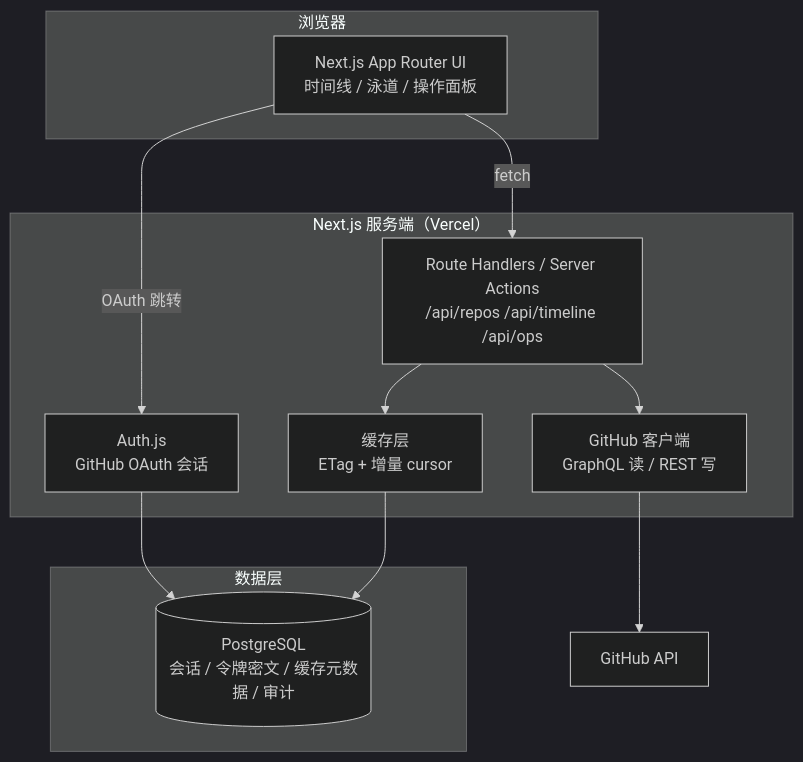
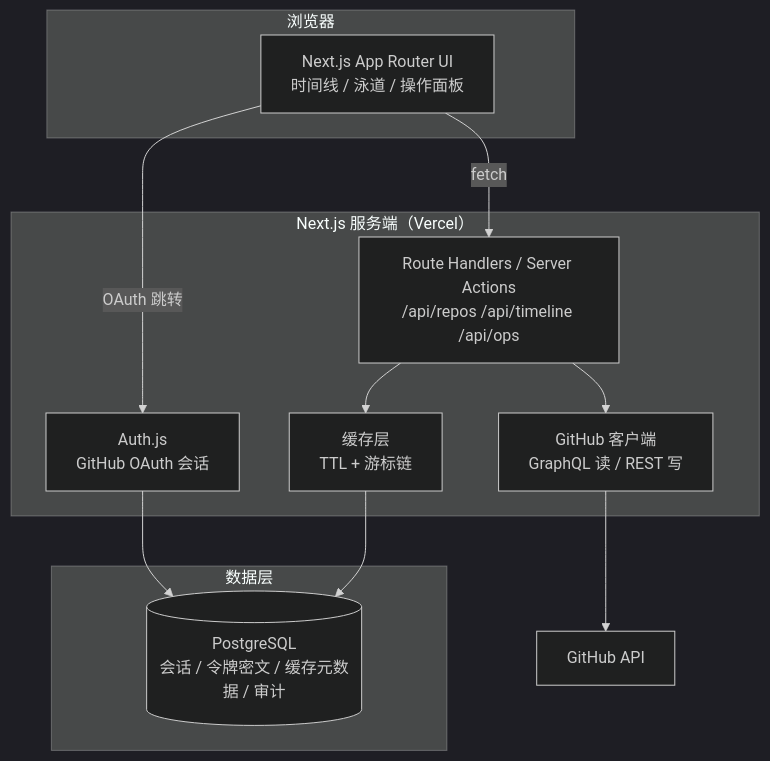
Before and after one commit to encode-utf8/utf8-git: the first of 2 diagrams in docs/technical-analysis.md, drawn with Mermaid (dark theme). The commit also changed other lines of this file and 1 other file, not shown here.

````diff
--- a/docs/technical-analysis.md
+++ b/docs/technical-analysis.md
@@ -68,22 +68,22 @@
 ```mermaid
 flowchart TB
     subgraph Browser["浏览器"]
         UI[Next.js App Router UI<br/>时间线 / 泳道 / 操作面板]
     end
     subgraph Vercel["Next.js 服务端（Vercel）"]
         AUTH[Auth.js<br/>GitHub OAuth 会话]
         API[Route Handlers / Server Actions<br/>/api/repos /api/timeline /api/ops]
-        CACHE[缓存层<br/>ETag + 增量 cursor]
+        CACHE[缓存层<br/>TTL + 游标链]
         GH[GitHub 客户端<br/>GraphQL 读 / REST 写]
     end
     subgraph Data["数据层"]
         DB[(PostgreSQL<br/>会话 / 令牌密文 / 缓存元数据 / 审计)]
     end
     GHAPI[GitHub API]
 
     UI -->|fetch| API
     UI -->|OAuth 跳转| AUTH
     AUTH --> DB
     API --> CACHE --> DB
     API --> GH --> GHAPI
 ```
````
